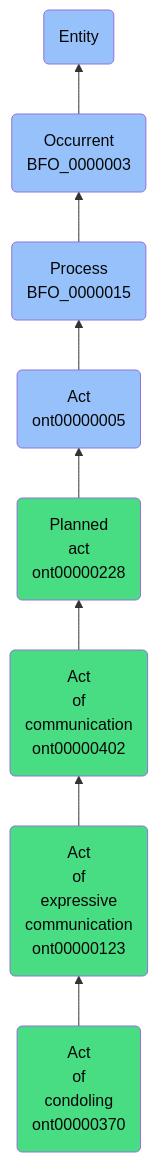
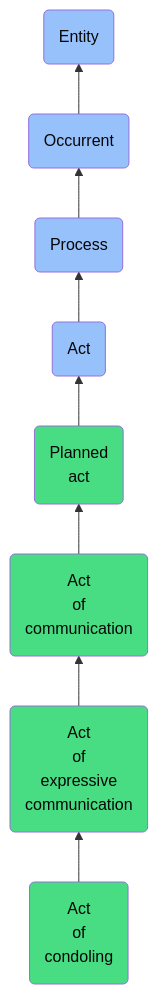
The diagram in docs/ontology/reference/model/Entity/Occurrent/Process/Act/Planned act/Act of communication/Act of expressive communication/Act of condoling/Act of condoling.md (jupyter-naas/abi), drawn with Mermaid before and after one commit. The commit also changed other lines of this file and 1430 other files, not shown here.

````diff
--- a/docs/ontology/reference/model/Entity/Occurrent/Process/Act/Planned act/Act of communication/Act of expressive communication/Act of condoling/Act of condoling.md
+++ b/docs/ontology/reference/model/Entity/Occurrent/Process/Act/Planned act/Act of communication/Act of expressive communication/Act of condoling/Act of condoling.md
@@ -24,15 +24,15 @@
 ```mermaid
 graph BT
-    ont00000370(Act<br>of<br>condoling<br>ont00000370):::ABI-->ont00000123
-    ont00000123(Act<br>of<br>expressive<br>communication<br>ont00000123):::ABI-->ont00000402
-    ont00000402(Act<br>of<br>communication<br>ont00000402):::ABI-->ont00000228
-    ont00000228(Planned<br>act<br>ont00000228):::ABI-->ont00000005
-    ont00000005(Act<br>ont00000005):::BFO-->BFO_0000015
-    BFO_0000015(Process<br>BFO_0000015):::BFO-->BFO_0000003
-    BFO_0000003(Occurrent<br>BFO_0000003):::BFO-->BFO_0000001
+    ont00000370(Act<br>of<br>condoling):::ABI-->ont00000123
+    ont00000123(Act<br>of<br>expressive<br>communication):::ABI-->ont00000402
+    ont00000402(Act<br>of<br>communication):::ABI-->ont00000228
+    ont00000228(Planned<br>act):::ABI-->ont00000005
+    ont00000005(Act):::BFO-->BFO_0000015
+    BFO_0000015(Process):::BFO-->BFO_0000003
+    BFO_0000003(Occurrent):::BFO-->BFO_0000001
     BFO_0000001(Entity):::BFO
     
     classDef BFO fill:#97c1fb,color:#060606
     classDef CCO fill:#e4c51e,color:#060606
     classDef ABI fill:#48DD82,color:#060606
 ```
````
